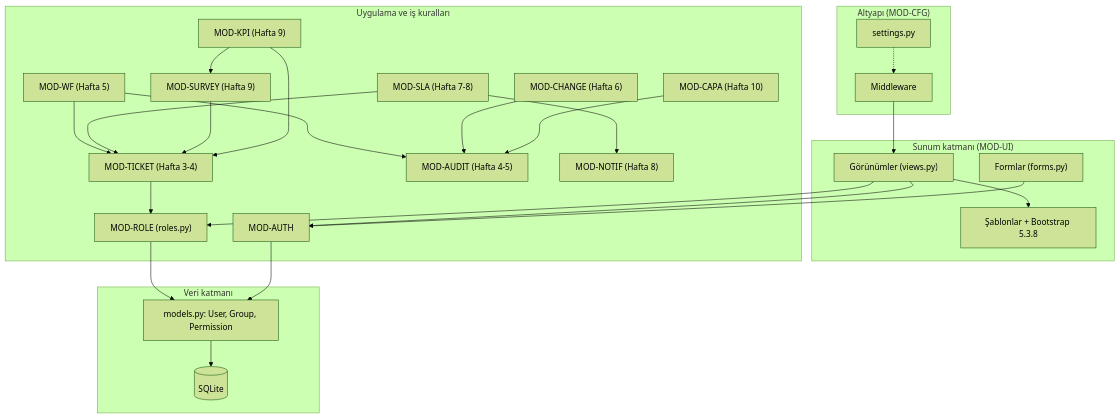
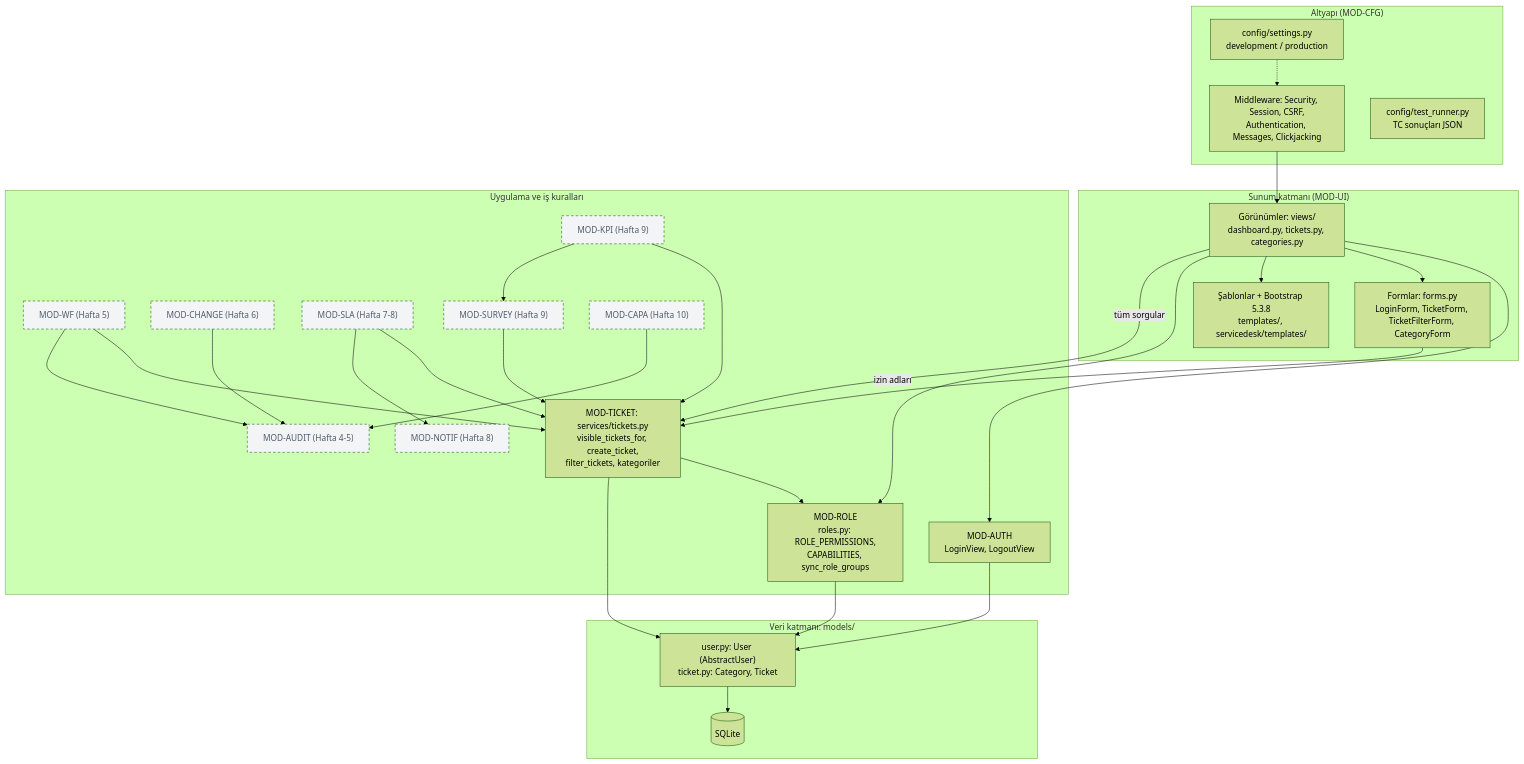
The second of 6 diagrams in docs/SDD.md (wordeus/sds07-servis-masasi), drawn with Mermaid (forest theme) before and after one commit. The commit also changed other lines of this file and 111 other files, not shown here.

Commit message:
feat: Hafta 3 - talepler, kayıt bazlı erişim, kategoriler ve katmanlı yapı

````diff
--- a/docs/SDD.md
+++ b/docs/SDD.md
@@ -82,48 +85,56 @@
 ```mermaid
 flowchart TB
   subgraph UI["Sunum katmanı (MOD-UI)"]
-    TPL["Şablonlar + Bootstrap 5.3.8"]
-    VIEWS["Görünümler (views.py)"]
-    FORMS["Formlar (forms.py)"]
+    TPL["Şablonlar + Bootstrap 5.3.8<br/>templates/, servicedesk/templates/"]
+    VIEWS["Görünümler: views/<br/>dashboard.py, tickets.py, categories.py"]
+    FORMS["Formlar: forms.py<br/>LoginForm, TicketForm, TicketFilterForm, CategoryForm"]
   end
   subgraph APP["Uygulama ve iş kuralları"]
-    AUTH["MOD-AUTH"]
-    ROLE["MOD-ROLE (roles.py)"]
-    TICKET["MOD-TICKET (Hafta 3-4)"]
+    AUTH["MOD-AUTH<br/>LoginView, LogoutView"]
+    ROLE["MOD-ROLE<br/>roles.py: ROLE_PERMISSIONS,<br/>CAPABILITIES, sync_role_groups"]
+    TICKET["MOD-TICKET: services/tickets.py<br/>visible_tickets_for, create_ticket,<br/>filter_tickets, kategoriler"]
     WF["MOD-WF (Hafta 5)"]
     AUDIT["MOD-AUDIT (Hafta 4-5)"]
     CHANGE["MOD-CHANGE (Hafta 6)"]
     SLA["MOD-SLA (Hafta 7-8)"]
     NOTIF["MOD-NOTIF (Hafta 8)"]
     SURVEY["MOD-SURVEY (Hafta 9)"]
     KPI["MOD-KPI (Hafta 9)"]
     CAPA["MOD-CAPA (Hafta 10)"]
   end
-  subgraph DATA["Veri katmanı"]
-    MODELS["models.py: User, Group, Permission"]
+  subgraph DATA["Veri katmanı: models/"]
+    MODELS["user.py: User (AbstractUser)<br/>ticket.py: Category, Ticket"]
     DB[("SQLite")]
   end
   subgraph CFG["Altyapı (MOD-CFG)"]
-    SET["settings.py"]
-    MW["Middleware"]
+    SET["config/settings.py<br/>development / production"]
+    MW["Middleware: Security, Session, CSRF,<br/>Authentication, Messages, Clickjacking"]
+    RUN["config/test_runner.py<br/>TC sonuçları JSON"]
   end
+
   MW --> VIEWS
   VIEWS --> AUTH
-  VIEWS --> ROLE
+  VIEWS --> FORMS
   VIEWS --> TPL
-  FORMS --> AUTH
+  VIEWS -- "izin adları" --> ROLE
+  VIEWS -- "tüm sorgular" --> TICKET
+  FORMS --> TICKET
+  TICKET --> ROLE
+  TICKET --> MODELS
   ROLE --> MODELS
   AUTH --> MODELS
   MODELS --> DB
   SET -.-> MW
-  TICKET --> ROLE
   WF --> TICKET
   WF --> AUDIT
   CHANGE --> AUDIT
   SLA --> TICKET
   SLA --> NOTIF
   SURVEY --> TICKET
   KPI --> TICKET
   KPI --> SURVEY
   CAPA --> AUDIT
+
+  classDef planned stroke-dasharray: 5 4,color:#4f5b6b,fill:#f2f4f6;
+  class WF,AUDIT,CHANGE,SLA,NOTIF,SURVEY,KPI,CAPA planned;
 ```
````
